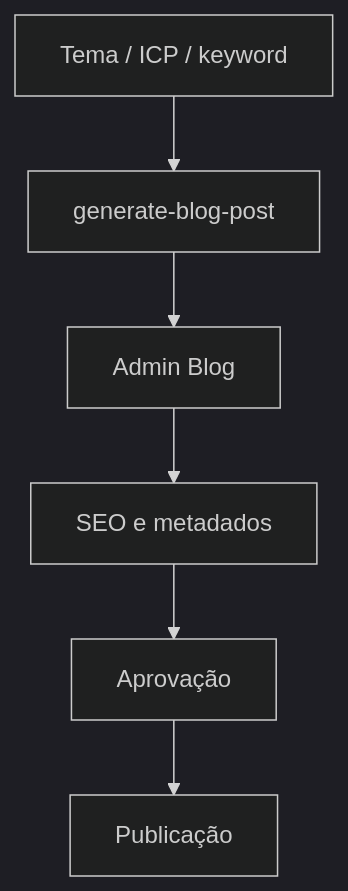
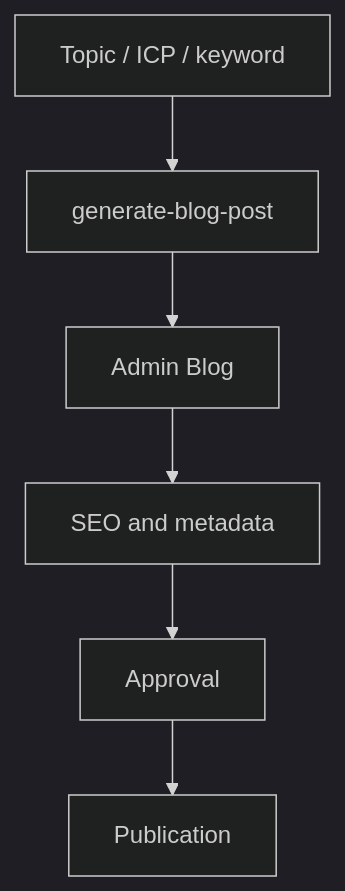
Before and after one commit to RafaellsAlmeida/lifetrek: the diagram in docs/systems/blog-generation.md, drawn with Mermaid (dark theme). The commit also changed other lines of this file and 51 other files, not shown here.

````diff
--- a/docs/systems/blog-generation.md
+++ b/docs/systems/blog-generation.md
@@ -16,8 +16,8 @@
 ```mermaid
 flowchart TD
-  Topic["Tema / ICP / keyword"] --> Generate["generate-blog-post"]
+  Topic["Topic / ICP / keyword"] --> Generate["generate-blog-post"]
   Generate --> Editor["Admin Blog"]
-  Editor --> SEO["SEO e metadados"]
-  SEO --> Approval["Aprovação"]
-  Approval --> Publish["Publicação"]
+  Editor --> SEO["SEO and metadata"]
+  SEO --> Approval["Approval"]
+  Approval --> Publish["Publication"]
 ```
````
